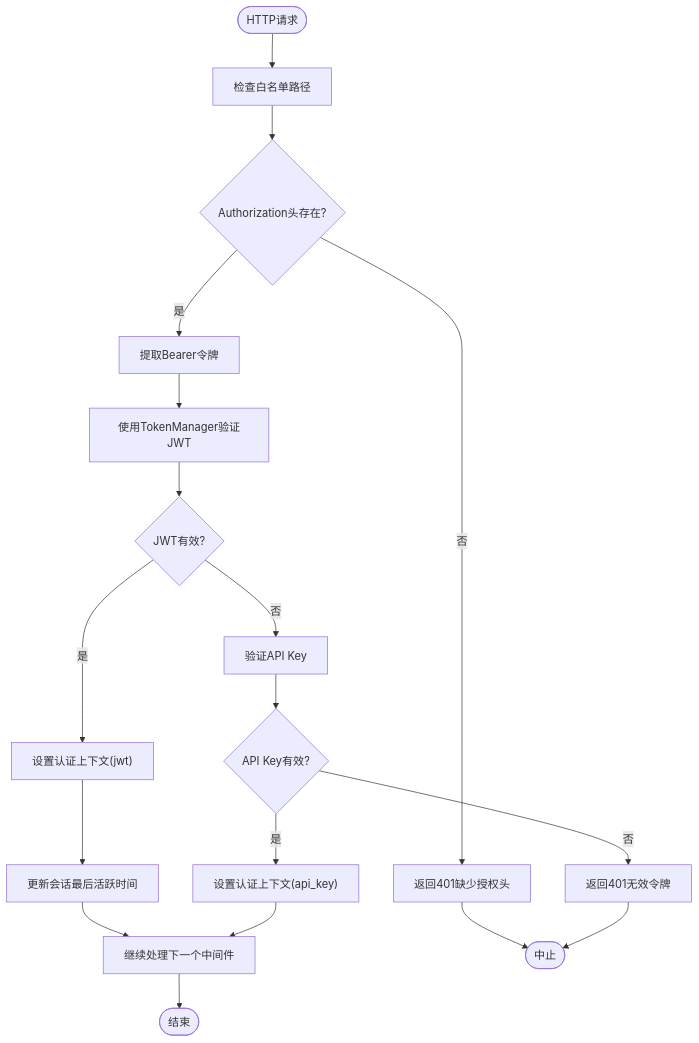
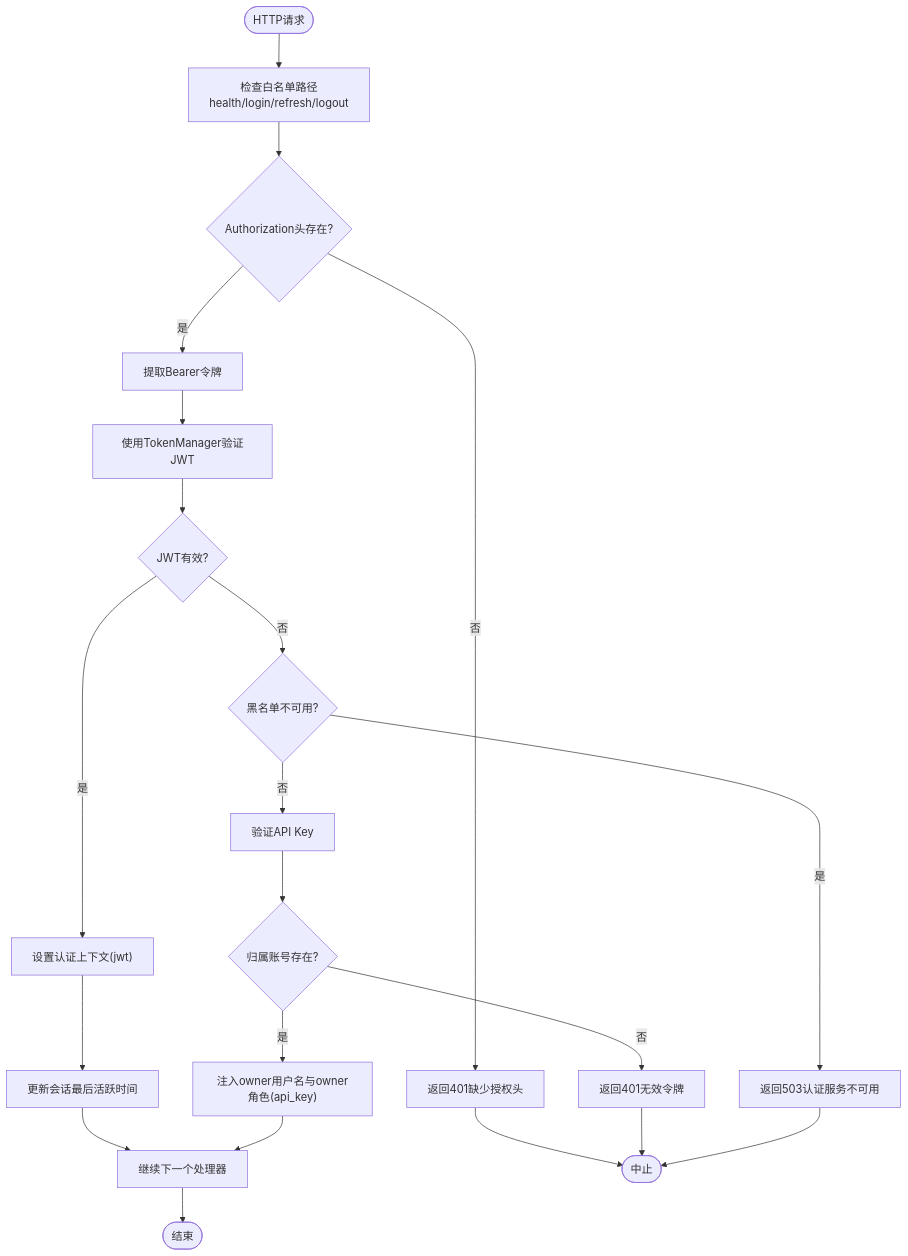
One commit to x01n/My-OpenWaf changed the sixth of 9 diagrams in docs/安全机制/JWT 认证机制.md. Above: the diagram before and after it, drawn with Mermaid. The commit also changed other lines of this file and 622 other files, not shown here.

````diff
--- a/docs/安全机制/JWT 认证机制.md
+++ b/docs/安全机制/JWT 认证机制.md
@@ -227,20 +250,23 @@
 ```mermaid
 flowchart TD
-Start(["HTTP请求"]) --> CheckWhitelist["检查白名单路径"]
+Start(["HTTP请求"]) --> CheckWhitelist["检查白名单路径<br/>health/login/refresh/logout"]
 CheckWhitelist --> HeaderPresent{"Authorization头存在?"}
 HeaderPresent --> |否| MissingHeader["返回401缺少授权头"]
 HeaderPresent --> |是| ExtractToken["提取Bearer令牌"]
 ExtractToken --> VerifyJWT["使用TokenManager验证JWT"]
 VerifyJWT --> JWTValid{"JWT有效?"}
 JWTValid --> |是| SetAuthCtx["设置认证上下文(jwt)"]
 SetAuthCtx --> UpdateSession["更新会话最后活跃时间"]
-UpdateSession --> Next["继续处理下一个中间件"]
-JWTValid --> |否| VerifyAPIKey["验证API Key"]
-VerifyAPIKey --> APIKeyValid{"API Key有效?"}
-APIKeyValid --> |是| SetAPIKeyCtx["设置认证上下文(api_key)"]
+UpdateSession --> Next["继续下一个处理器"]
+JWTValid --> |否| BlacklistErr{"黑名单不可用?"}
+BlacklistErr --> |是| ServiceDown["返回503认证服务不可用"]
+BlacklistErr --> |否| VerifyAPIKey["验证API Key"]
+VerifyAPIKey --> OwnerOK{"归属账号存在?"}
+OwnerOK --> |是| SetAPIKeyCtx["注入owner用户名与owner角色(api_key)"]
 SetAPIKeyCtx --> Next
-APIKeyValid --> |否| InvalidToken["返回401无效令牌"]
+OwnerOK --> |否| InvalidToken["返回401无效令牌"]
 MissingHeader --> Abort(["中止"])
 InvalidToken --> Abort
+ServiceDown --> Abort
 Next --> End(["结束"])
 ```
````
